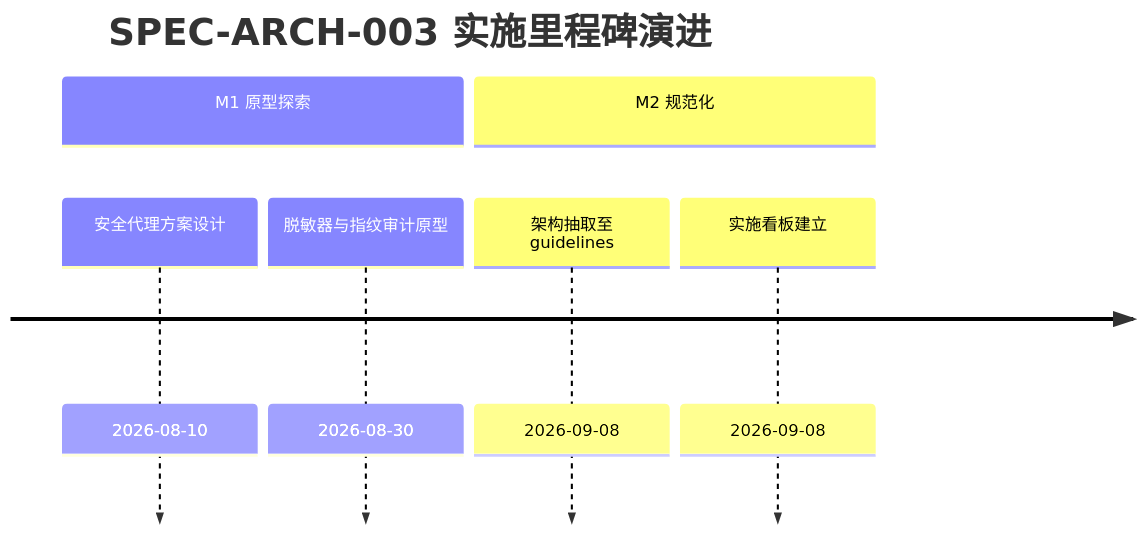
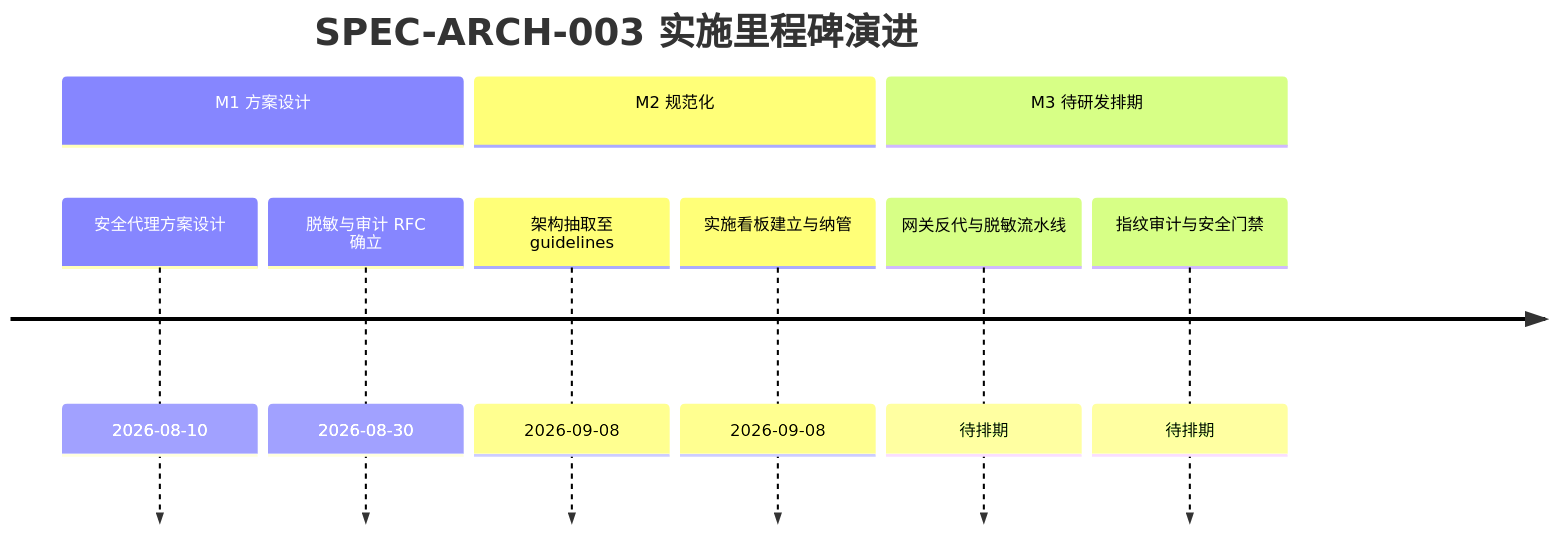
The diagram in docs/specs/architecture/arch-token-security-gateway.md (cvdnn/a_stock_agents), drawn with Mermaid before and after one commit. The commit also changed other lines of this file and 4 other files, not shown here.

````diff
--- a/docs/specs/architecture/arch-token-security-gateway.md
+++ b/docs/specs/architecture/arch-token-security-gateway.md
@@ -42,10 +42,13 @@
 ```mermaid
 timeline
     title SPEC-ARCH-003 实施里程碑演进
-    section M1 原型探索
+    section M1 方案设计
       安全代理方案设计 : 2026-08-10
-      脱敏器与指纹审计原型 : 2026-08-30
+      脱敏与审计 RFC 确立 : 2026-08-30
     section M2 规范化
       架构抽取至 guidelines : 2026-09-08
-      实施看板建立 : 2026-09-08
+      实施看板建立与纳管 : 2026-09-08
+    section M3 待研发排期
+      网关反代与脱敏流水线 : 待排期
+      指纹审计与安全门禁 : 待排期
 ```
````
